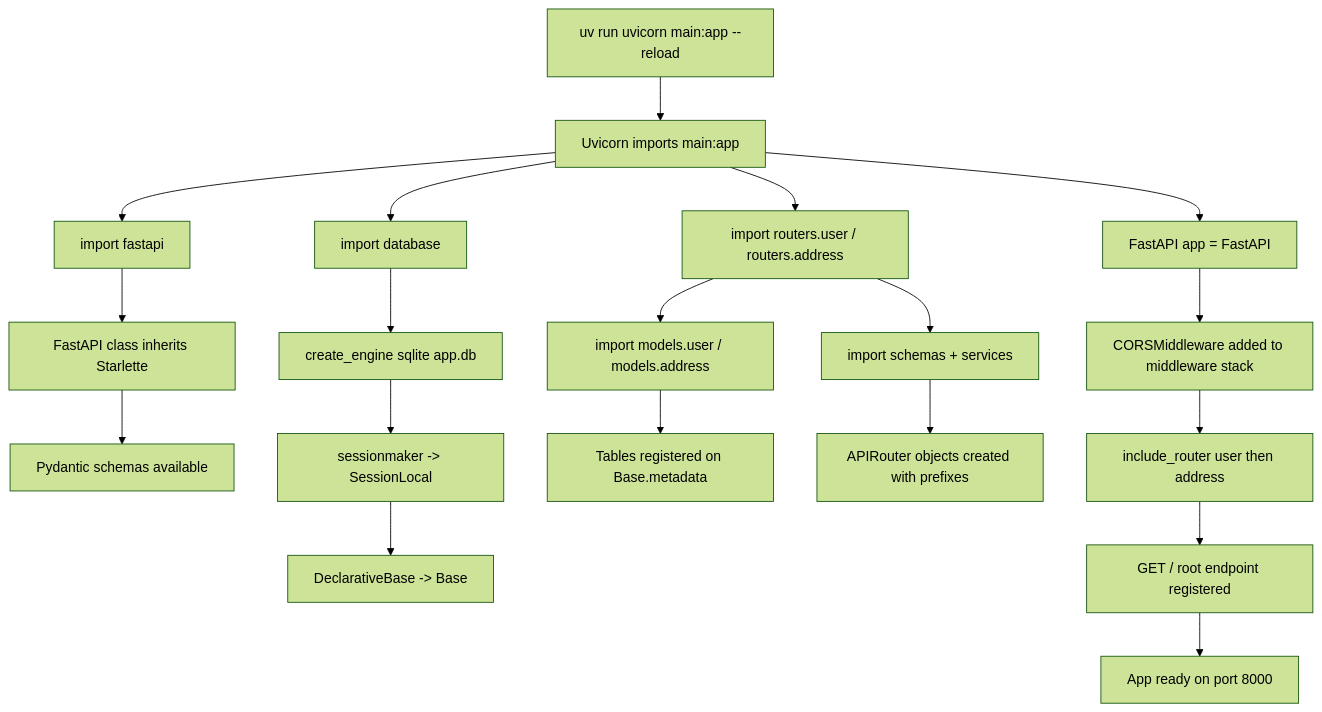
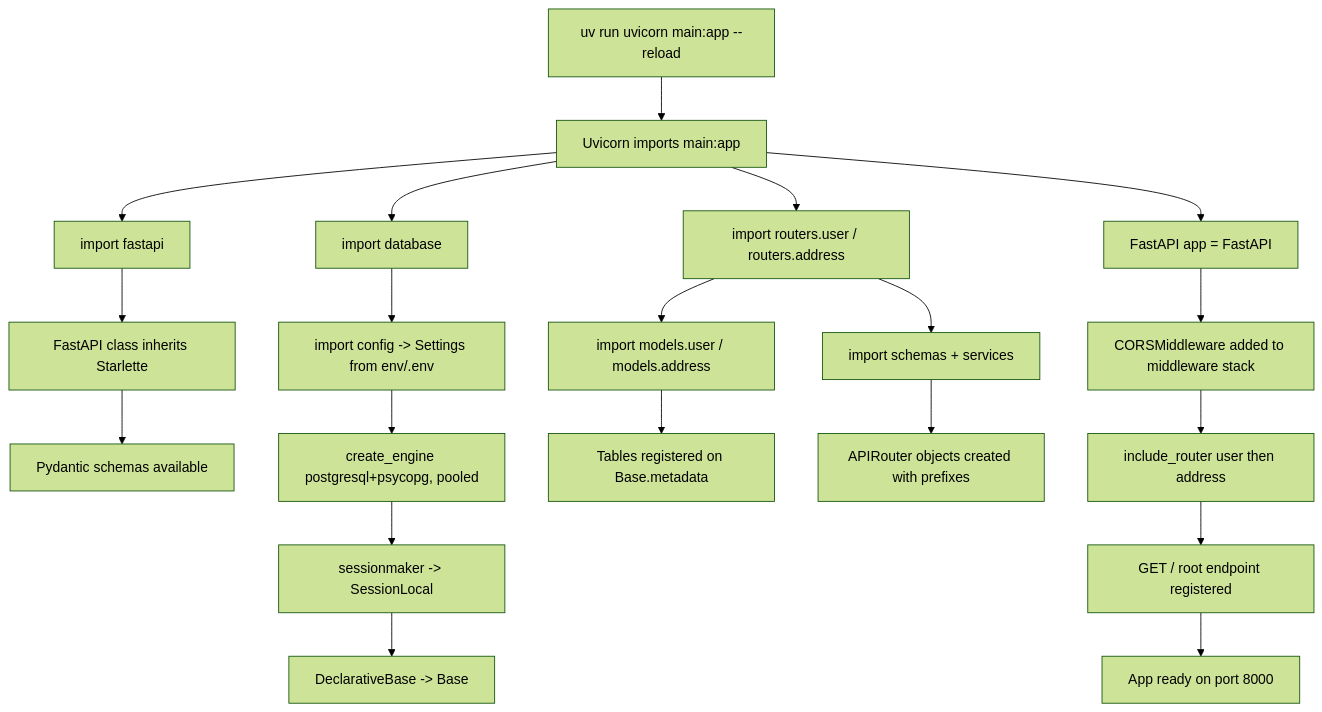
Before and after one commit to abhijeetBhale/FastAPI: the first of 8 diagrams in awesome-project/README.md, drawn with Mermaid (forest theme). The commit also changed other lines of this file and 26 other files, not shown here.

````diff
--- a/awesome-project/README.md
+++ b/awesome-project/README.md
@@ -190,21 +204,22 @@
 ```mermaid
 flowchart TD
     A[uv run uvicorn main:app --reload] --> B[Uvicorn imports main:app]
     B --> C[import fastapi]
     C --> C1[FastAPI class inherits Starlette]
     C1 --> C2[Pydantic schemas available]
     B --> D[import database]
-    D --> D1[create_engine sqlite app.db]
+    D --> D0[import config -> Settings from env/.env]
+    D0 --> D1[create_engine postgresql+psycopg, pooled]
     D1 --> D2[sessionmaker -> SessionLocal]
     D2 --> D3[DeclarativeBase -> Base]
     B --> E[import routers.user / routers.address]
     E --> F[import models.user / models.address]
     F --> G[Tables registered on Base.metadata]
     E --> H[import schemas + services]
     H --> I[APIRouter objects created with prefixes]
     B --> J[FastAPI app = FastAPI]
     J --> K[CORSMiddleware added to middleware stack]
     K --> L[include_router user then address]
     L --> M[GET / root endpoint registered]
     M --> N[App ready on port 8000]
 ```
````
